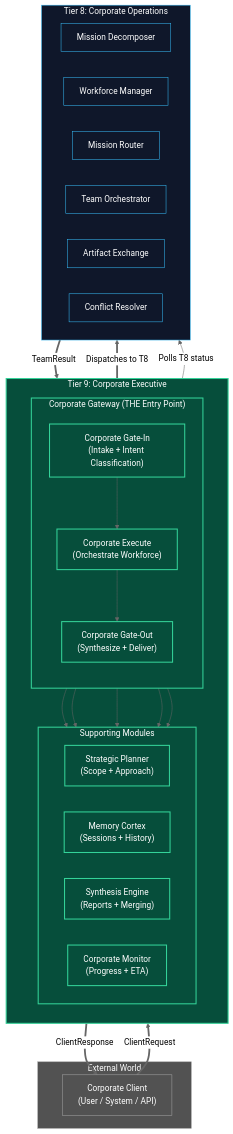
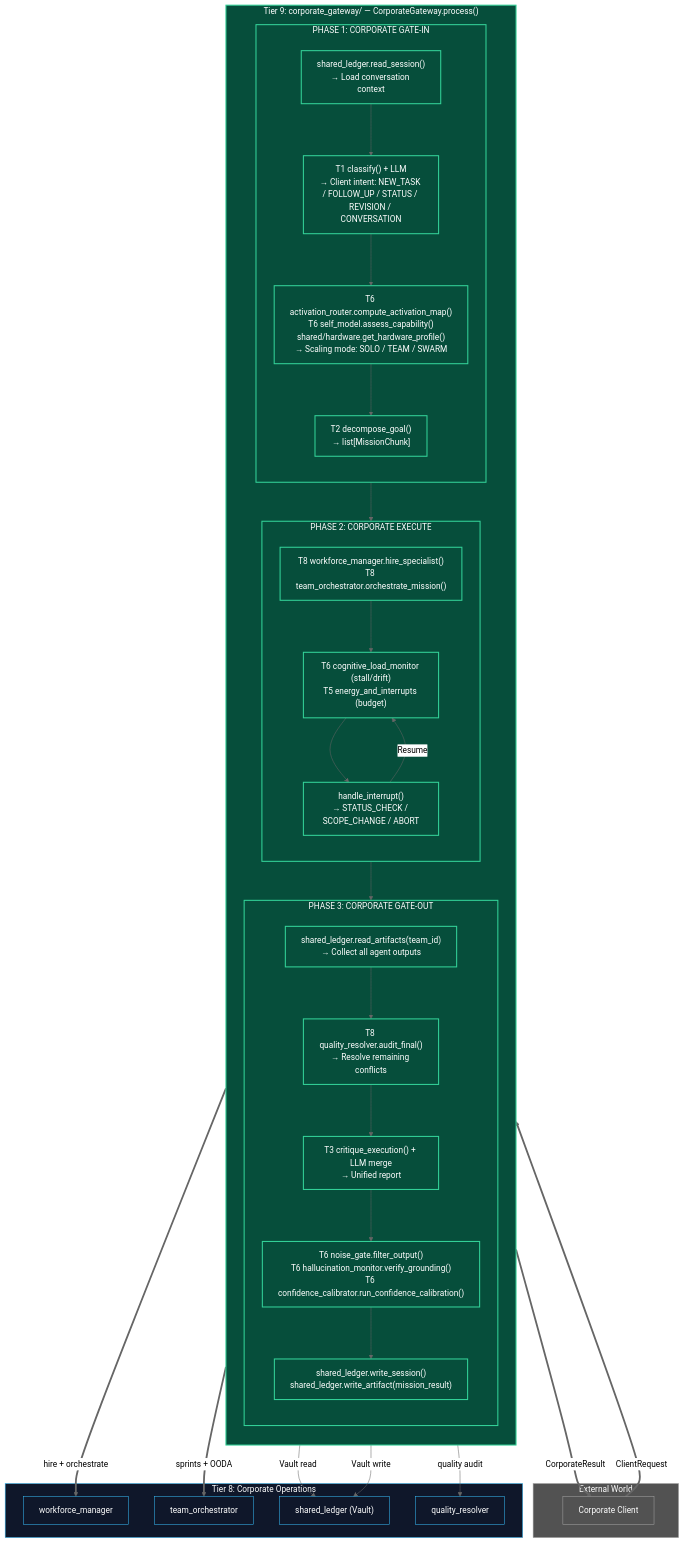
Before and after one commit to azzindani/Kea: the first of 3 diagrams in redesign/tier_9_architecture.md, drawn with Mermaid (neutral theme). The commit also changed other lines of this file and 1 other file, not shown here.

First line of the commit message:
refactor: consolidate Corporation Kernel from 11 to 5 modules via lower-tier composition

````diff
--- a/redesign/tier_9_architecture.md
+++ b/redesign/tier_9_architecture.md
@@ -35,65 +31,77 @@
 ```mermaid
 ---
 config:
   layout: dagre
 ---
 flowchart TB
-    %% External Client
+    %% Client
     subgraph sClient["External World"]
-        nClient["Corporate Client<br>(User / System / API)"]
+        nClient["Corporate Client"]
     end
 
-    %% Tier 9: Corporate Executive
-    subgraph sTier9["Tier 9: Corporate Executive"]
+    %% Tier 9: Corporate Gateway (THE Entry Point)
+    subgraph sTier9["Tier 9: corporate_gateway/ — CorporateGateway.process()"]
         direction TB
 
-        subgraph sGateway["Corporate Gateway (THE Entry Point)"]
+        subgraph sGateIn["PHASE 1: CORPORATE GATE-IN"]
             direction TB
-            nGateIn["Corporate Gate-In<br>(Intake + Intent Classification)"]
-            nExecute["Corporate Execute<br>(Orchestrate Workforce)"]
-            nGateOut["Corporate Gate-Out<br>(Synthesize + Deliver)"]
+            nSession["shared_ledger.read_session()<br>→ Load conversation context"]
+            nIntent["T1 classify() + LLM<br>→ Client intent: NEW_TASK / FOLLOW_UP / STATUS / REVISION / CONVERSATION"]
+            nStrategy["T6 activation_router.compute_activation_map()<br>T6 self_model.assess_capability()<br>shared/hardware.get_hardware_profile()<br>→ Scaling mode: SOLO / TEAM / SWARM"]
+            nDecompose["T2 decompose_goal()<br>→ list[MissionChunk]"]
 
-            nGateIn --> nExecute --> nGateOut
+            nSession --> nIntent --> nStrategy --> nDecompose
         end
 
-        subgraph sSupport["Supporting Modules"]
-            direction LR
-            nPlanner["Strategic Planner<br>(Scope + Approach)"]
-            nMemory["Memory Cortex<br>(Sessions + History)"]
-            nSynthesis["Synthesis Engine<br>(Reports + Merging)"]
-            nMonitor["Corporate Monitor<br>(Progress + ETA)"]
+        subgraph sExecute["PHASE 2: CORPORATE EXECUTE"]
+            direction TB
+            nDispatch["T8 workforce_manager.hire_specialist()<br>T8 team_orchestrator.orchestrate_mission()"]
+            nMonitor["T6 cognitive_load_monitor (stall/drift)<br>T5 energy_and_interrupts (budget)"]
+            nInterrupt["handle_interrupt()<br>→ STATUS_CHECK / SCOPE_CHANGE / ABORT"]
+
+            nDispatch --> nMonitor
+            nMonitor --> nInterrupt
+            nInterrupt -- "Resume" --> nMonitor
         end
 
-        nGateIn --> nMemory
-        nGateIn --> nPlanner
-        nExecute --> nMonitor
-        nGateOut --> nSynthesis
-        nGateOut --> nMemory
+        subgraph sGateOut["PHASE 3: CORPORATE GATE-OUT"]
+            direction TB
+            nCollect["shared_ledger.read_artifacts(team_id)<br>→ Collect all agent outputs"]
+            nResolve["T8 quality_resolver.audit_final()<br>→ Resolve remaining conflicts"]
+            nSynthesize["T3 critique_execution() + LLM merge<br>→ Unified report"]
+            nQuality["T6 noise_gate.filter_output()<br>T6 hallucination_monitor.verify_grounding()<br>T6 confidence_calibrator.run_confidence_calibration()"]
+            nPersist["shared_ledger.write_session()<br>shared_ledger.write_artifact(mission_result)"]
+
+            nCollect --> nResolve --> nSynthesize --> nQuality --> nPersist
+        end
+
+        sGateIn --> sExecute --> sGateOut
     end
 
-    %% Tier 8: Corporate Operations
+    %% Tier 8
     subgraph sTier8["Tier 8: Corporate Operations"]
-        nDecompose["Mission Decomposer"]
-        nWorkforce["Workforce Manager"]
-        nRouter["Mission Router"]
-        nOrchestrator["Team Orchestrator"]
-        nExchange["Artifact Exchange"]
-        nConflict["Conflict Resolver"]
+        nWM["workforce_manager"]
+        nTO["team_orchestrator"]
+        nSL["shared_ledger (Vault)"]
+        nQR["quality_resolver"]
     end
 
     %% Connections
-    nClient == "ClientRequest" ==> nGateIn
-    nGateOut == "ClientResponse" ==> nClient
-    nExecute == "Dispatches to T8" ==> sTier8
-    sTier8 == "TeamResult" ==> nExecute
-    nMonitor -- "Polls T8 status" --> sTier8
+    nClient == "ClientRequest" ==> nSession
+    nPersist == "CorporateResult" ==> nClient
+    nDispatch == "hire + orchestrate" ==> nWM
+    nDispatch == "sprints + OODA" ==> nTO
+    nCollect -- "Vault read" --> nSL
+    nPersist -- "Vault write" --> nSL
+    nResolve -- "quality audit" --> nQR
 
     %% Styling
     classDef client fill:#525252,stroke:#A3A3A3,stroke-width:1px,color:#fff
     classDef t9 fill:#064E3B,stroke:#34D399,stroke-width:2px,color:#fff
     classDef t8 fill:#0f172a,stroke:#38bdf8,stroke-width:1px,color:#fff
 
     class sClient,nClient client
-    class sTier9,sGateway,sSupport,nGateIn,nExecute,nGateOut,nPlanner,nMemory,nSynthesis,nMonitor t9
-    class sTier8,nDecompose,nWorkforce,nRouter,nOrchestrator,nExchange,nConflict t8
+    class sTier9,sGateIn,sExecute,sGateOut t9
+    class nSession,nIntent,nStrategy,nDecompose,nDispatch,nMonitor,nInterrupt,nCollect,nResolve,nSynthesize,nQuality,nPersist t9
+    class sTier8,nWM,nTO,nSL,nQR t8
 ```
````
